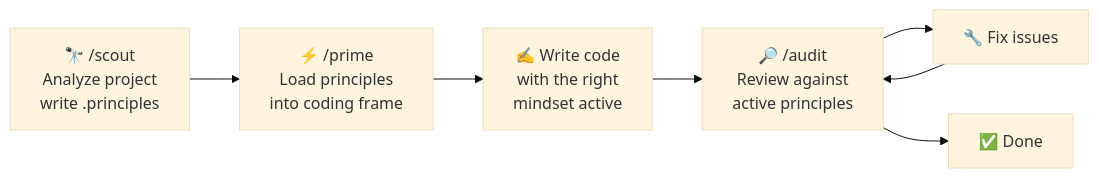
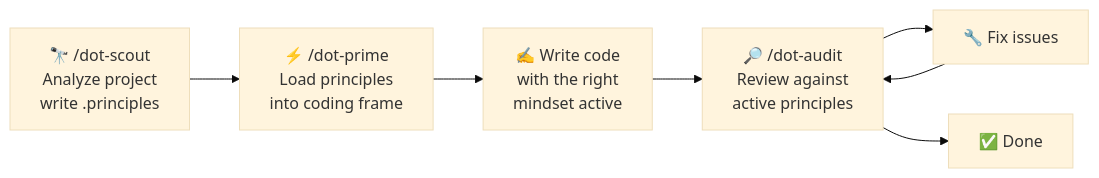
Before and after one commit to dot-principles/dot-principles: the third of 3 diagrams in README.md, drawn with Mermaid (base theme). The commit also changed other lines of this file and 33 other files, not shown here.

First line of the commit message:
refactor: rename /scout, /audit, /prime to /dot-scout, /dot-audit, /dot-prime

````diff
--- a/README.md
+++ b/README.md
@@ -215,11 +215,11 @@
 ```mermaid
 flowchart LR
-    S["🔭 /scout<br>Analyze project<br>write .principles"]
-    P["⚡ /prime<br>Load principles<br>into coding frame"]
+    S["🔭 /dot-scout<br>Analyze project<br>write .principles"]
+    P["⚡ /dot-prime<br>Load principles<br>into coding frame"]
     C["✍️ Write code<br>with the right<br>mindset active"]
-    A["🔎 /audit<br>Review against<br>active principles"]
+    A["🔎 /dot-audit<br>Review against<br>active principles"]
     F["🔧 Fix issues"]
     D["✅ Done"]
 
     S --> P --> C --> A --> F --> A --> D
 ```
````
